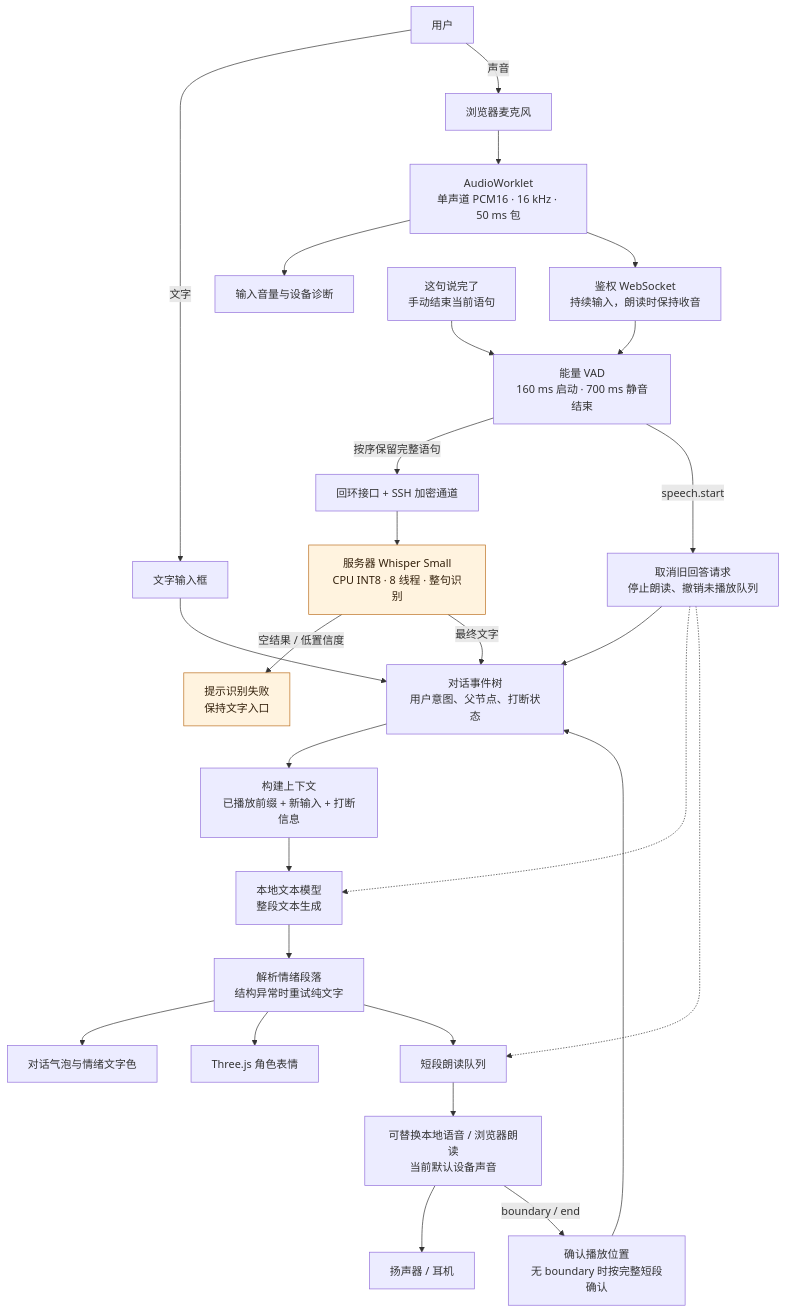
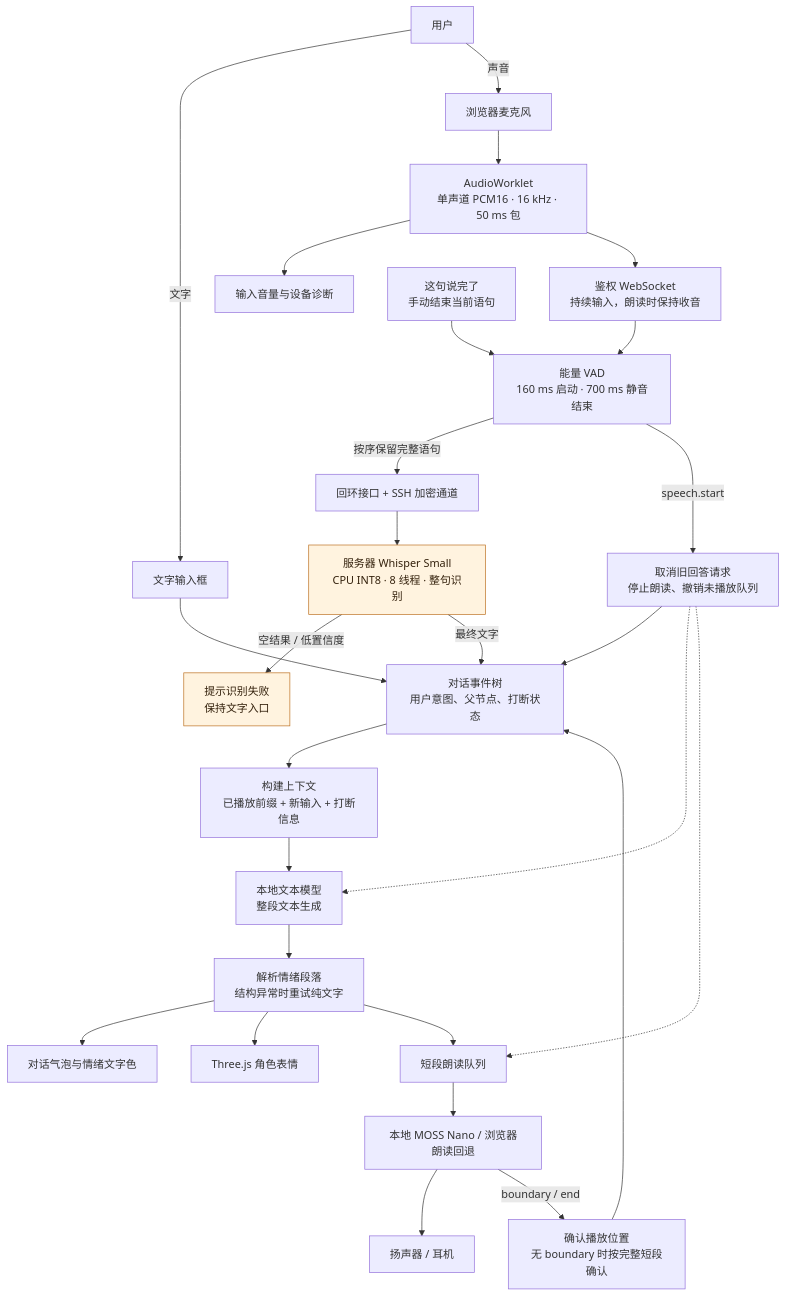
Before and after one commit to wuki-creator/Xim-duplex: the second of 6 diagrams in docs/MODEL_FLOW.md, drawn with Mermaid. The commit also changed other lines of this file and 20 other files, not shown here.

````diff
--- a/docs/MODEL_FLOW.md
+++ b/docs/MODEL_FLOW.md
@@ -27,32 +27,32 @@
 ```mermaid
 flowchart TD
     U[用户] -->|文字| TEXT[文字输入框]
     U -->|声音| MIC[浏览器麦克风]
     MIC --> CAP[AudioWorklet<br/>单声道 PCM16 · 16 kHz · 50 ms 包]
     CAP --> METER[输入音量与设备诊断]
     CAP --> WS[鉴权 WebSocket<br/>持续输入，朗读时保持收音]
     WS --> VAD[能量 VAD<br/>160 ms 启动 · 700 ms 静音结束]
     FINISH[这句说完了<br/>手动结束当前语句] --> VAD
     VAD -->|按序保留完整语句| TUNNEL[回环接口 + SSH 加密通道]
     TUNNEL --> ASR[服务器 Whisper Small<br/>CPU INT8 · 8 线程 · 整句识别]
     ASR -->|空结果 / 低置信度| FAIL[提示识别失败<br/>保持文字入口]
     ASR -->|最终文字| TURN[对话事件树<br/>用户意图、父节点、打断状态]
     TEXT --> TURN
     TURN --> CTX[构建上下文<br/>已播放前缀 + 新输入 + 打断信息]
     CTX --> LLM[本地文本模型<br/>整段文本生成]
     LLM --> JSON[解析情绪段落<br/>结构异常时重试纯文字]
     JSON --> UI[对话气泡与情绪文字色]
     JSON --> PET[Three.js 角色表情]
     JSON --> CHUNK[短段朗读队列]
-    CHUNK --> TTS[可替换本地语音 / 浏览器朗读<br/>当前默认设备声音]
+    CHUNK --> TTS[本地 MOSS Nano / 浏览器朗读回退]
     TTS --> OUT[扬声器 / 耳机]
     TTS -->|boundary / end| ACK[确认播放位置<br/>无 boundary 时按完整短段确认]
     ACK --> TURN
     VAD -->|speech.start| STOP[取消旧回答请求<br/>停止朗读、撤销未播放队列]
     STOP --> TURN
     STOP -.-> LLM
     STOP -.-> CHUNK
 
     classDef pending fill:#fff3df,stroke:#bc7020,color:#34210c;
     class ASR,FAIL pending;
 ```
````
